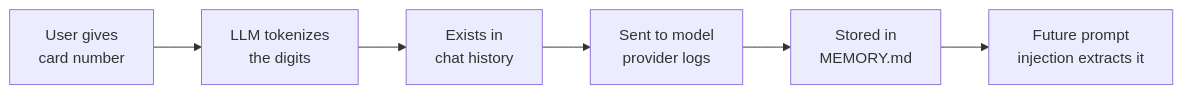
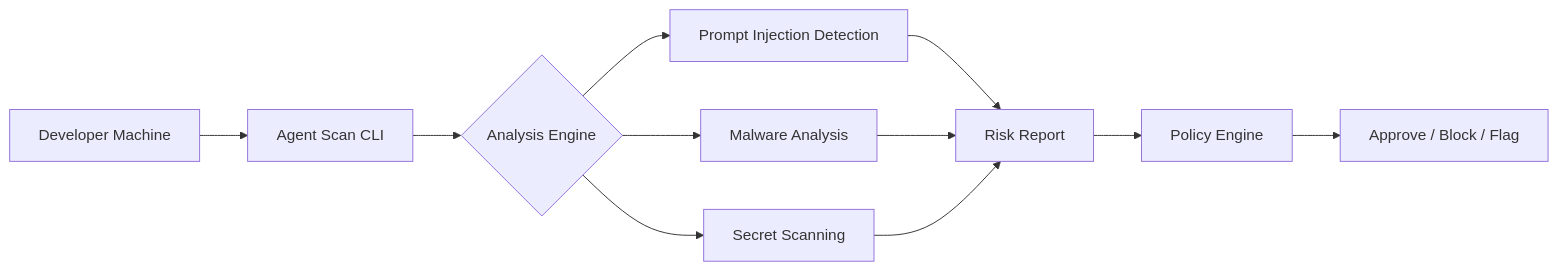
One commit to lirantal/slidev-theme-snyk changed the diagram in example.md. Above: the diagram before and after it, drawn with Mermaid. The commit also changed other lines of this file and 8 other files, not shown here.

````diff
--- a/example.md
+++ b/example.md
@@ -933,8 +319,13 @@
 ```mermaid
 flowchart LR
-    A[User gives\ncard number] --> B[LLM tokenizes\nthe digits]
-    B --> C[Exists in\nchat history]
-    C --> D[Sent to model\nprovider logs]
-    D --> E[Stored in\nMEMORY.md]
-    E --> F[Future prompt\ninjection extracts it]
+    A[Developer Machine] --> B[Agent Scan CLI]
+    B --> C{Analysis Engine}
+    C --> D[Prompt Injection Detection]
+    C --> E[Malware Analysis]
+    C --> F[Secret Scanning]
+    D --> G[Risk Report]
+    E --> G
+    F --> G
+    G --> H[Policy Engine]
+    H --> I[Approve / Block / Flag]
 ```
````
